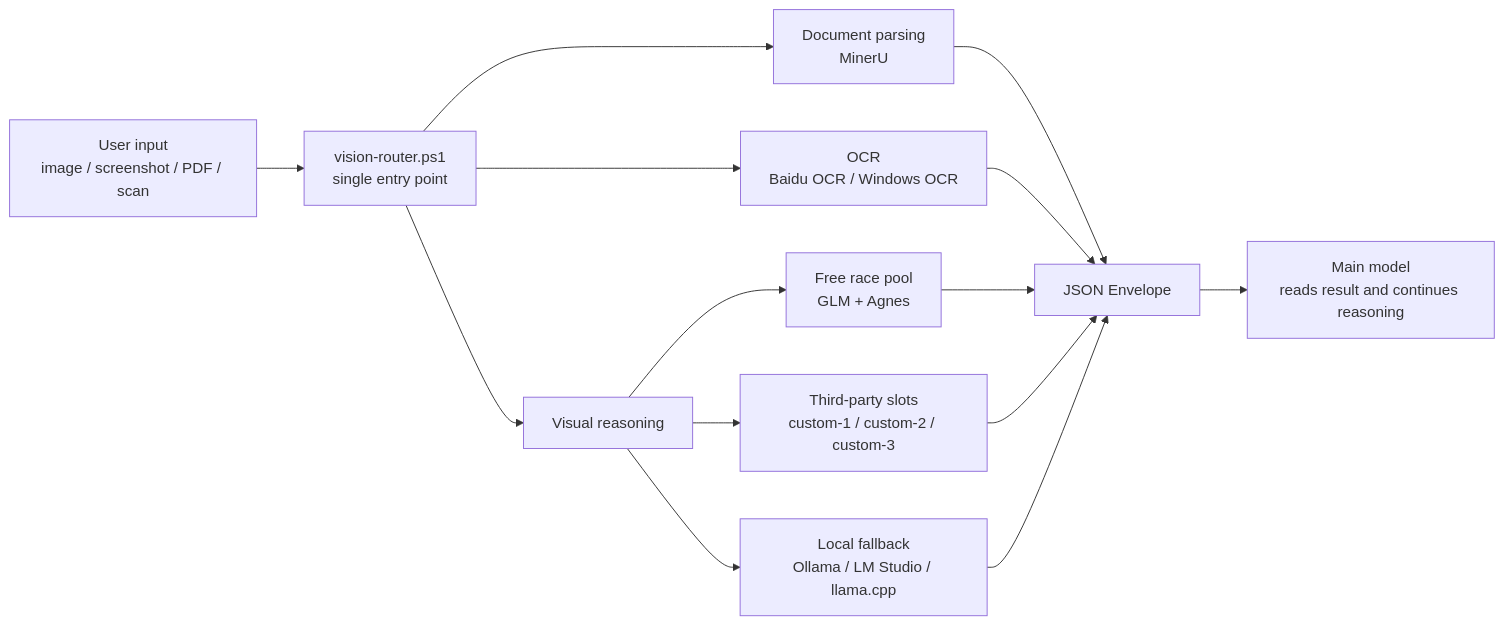
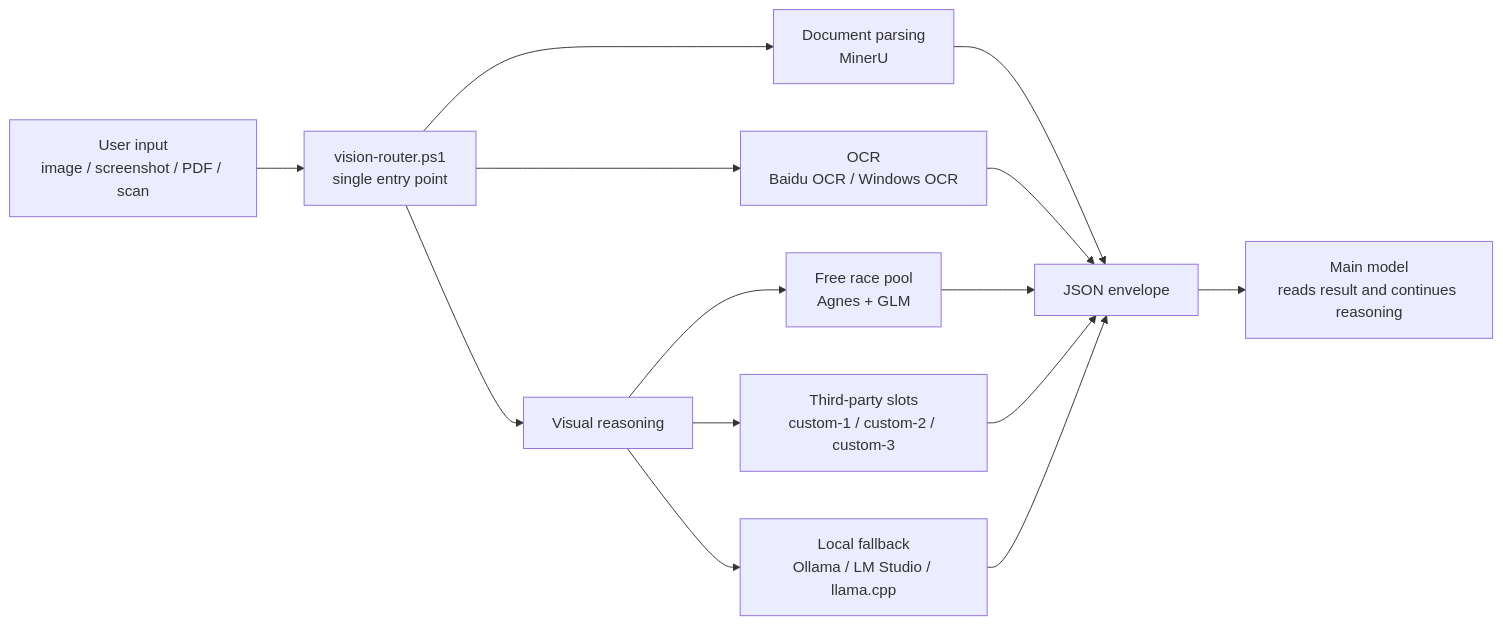
The diagram in README.md (Sorwcyra/ds-vision-skill), drawn with Mermaid before and after one commit. The commit also changed other lines of this file and 1 other file, not shown here.

````diff
--- a/README.md
+++ b/README.md
@@ -254,20 +78,20 @@
 ```mermaid
 flowchart LR
     U["User input<br/>image / screenshot / PDF / scan"] --> R["vision-router.ps1<br/>single entry point"]
 
     R --> D["Document parsing<br/>MinerU"]
     R --> O["OCR<br/>Baidu OCR / Windows OCR"]
     R --> V["Visual reasoning"]
 
-    V --> F["Free race pool<br/>GLM + Agnes"]
+    V --> F["Free race pool<br/>Agnes + GLM"]
     V --> C["Third-party slots<br/>custom-1 / custom-2 / custom-3"]
     V --> L["Local fallback<br/>Ollama / LM Studio / llama.cpp"]
 
-    D --> J["JSON Envelope"]
+    D --> J["JSON envelope"]
     O --> J
     F --> J
     C --> J
     L --> J
 
     J --> M["Main model<br/>reads result and continues reasoning"]
 ```
````
